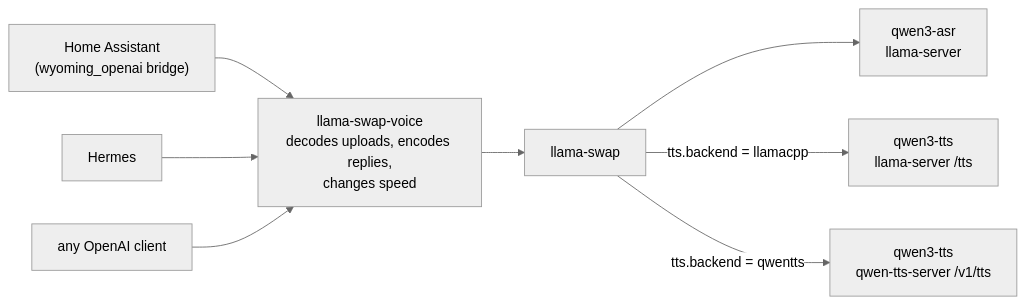
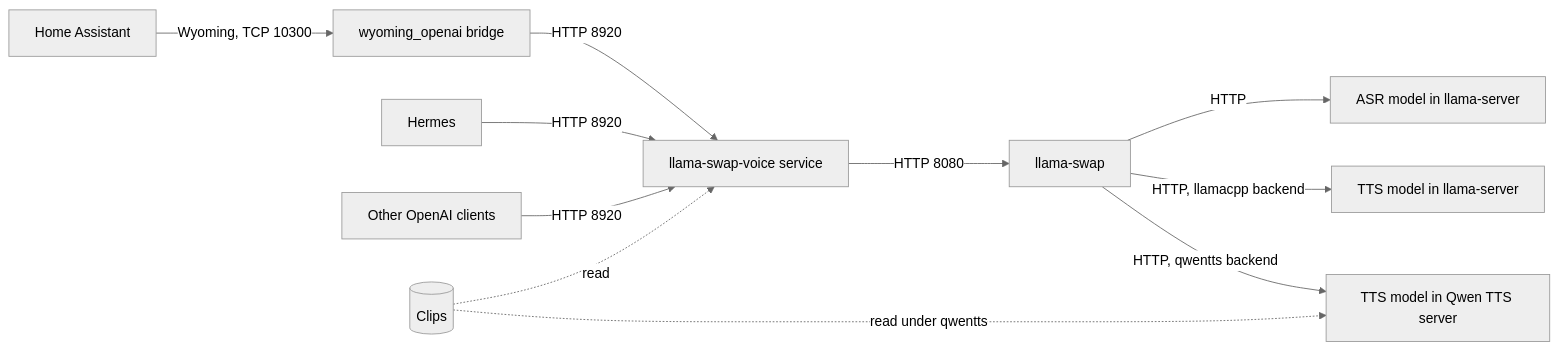
One commit to mniehe/llama-swap-voice changed the diagram in README.md. Above: the diagram before and after it, drawn with Mermaid (neutral theme). The commit also changed other lines of this file and 9 other files, not shown here.

````diff
--- a/README.md
+++ b/README.md
@@ -83,10 +105,13 @@
 ```mermaid
 flowchart LR
-  ha["Home Assistant<br/>(wyoming_openai bridge)"] --> svc
-  hermes[Hermes] --> svc
-  app[any OpenAI client] --> svc
-  svc["llama-swap-voice<br/>decodes uploads, encodes replies,<br/>changes speed"] --> swap[llama-swap]
-  swap --> asr["qwen3-asr<br/>llama-server"]
-  swap -->|tts.backend = llamacpp| ttsl["qwen3-tts<br/>llama-server /tts"]
-  swap -->|tts.backend = qwentts| ttsq["qwen3-tts<br/>qwen-tts-server /v1/tts"]
+  ha[Home Assistant] -->|Wyoming, TCP 10300| bridge[wyoming_openai bridge]
+  bridge -->|HTTP 8920| svc
+  hermes[Hermes] -->|HTTP 8920| svc
+  other[Other OpenAI clients] -->|HTTP 8920| svc
+  svc[llama-swap-voice service] -->|HTTP 8080| swap[llama-swap]
+  swap -->|HTTP| asr[ASR model in llama-server]
+  swap -->|HTTP, llamacpp backend| ttsl[TTS model in llama-server]
+  swap -->|HTTP, qwentts backend| ttsq[TTS model in Qwen TTS server]
+  clips[(Clips)] -.->|read| svc
+  clips -.->|read under qwentts| ttsq
 ```
````
